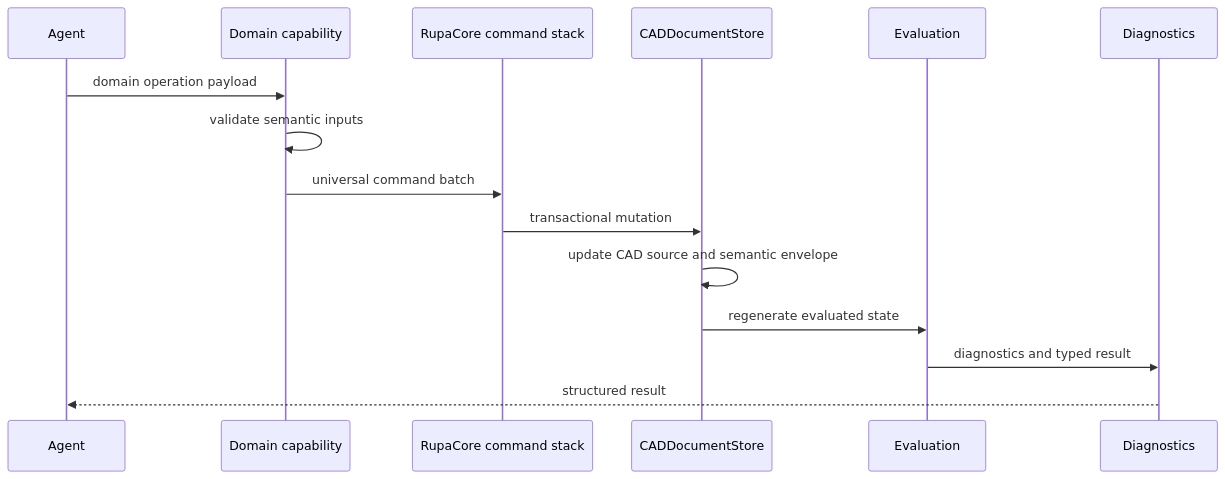
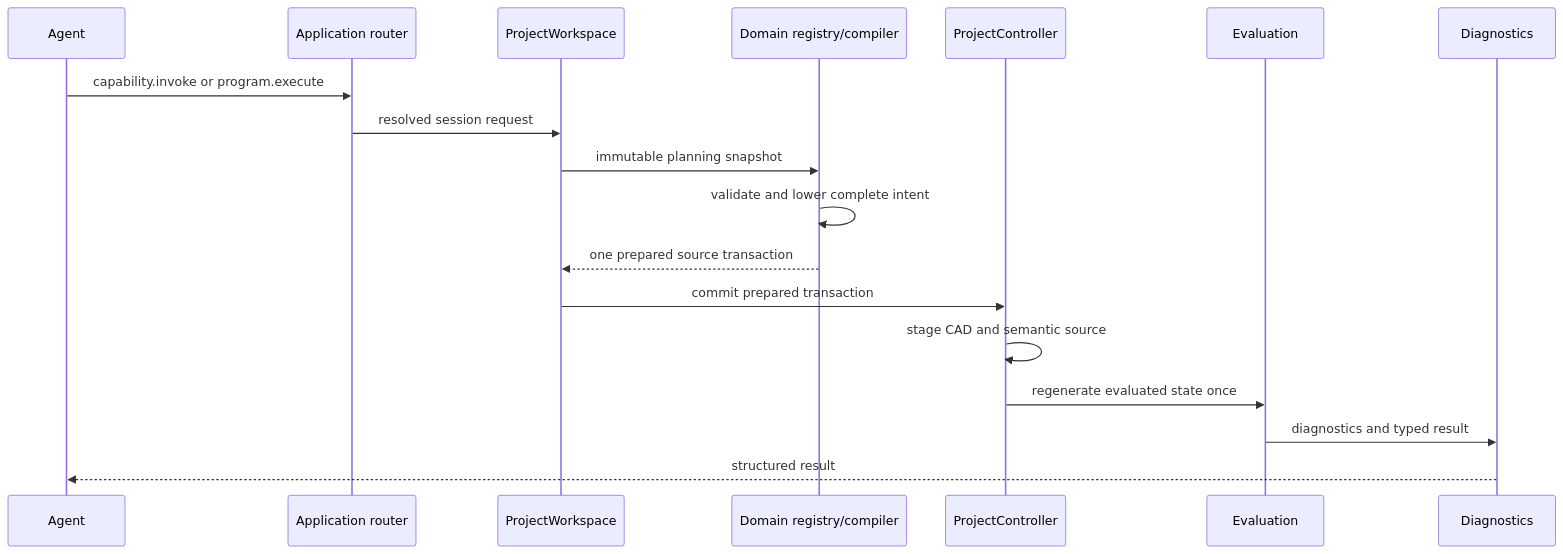
One commit to 1amageek/Rupa changed the fifth of 10 diagrams in Rupa/DOMAIN_EXTENSION_ARCHITECTURE.md. Above: the diagram before and after it, drawn with Mermaid. The commit also changed other lines of this file and 17 other files, not shown here.

Commit message:
Define composable Agent CAD API

````diff
--- a/Rupa/DOMAIN_EXTENSION_ARCHITECTURE.md
+++ b/Rupa/DOMAIN_EXTENSION_ARCHITECTURE.md
@@ -251,18 +261,21 @@
 ```mermaid
 sequenceDiagram
     participant Agent
-    participant Domain as Domain capability
-    participant Core as RupaCore command stack
-    participant Store as CADDocumentStore
+    participant Router as Application router
+    participant Workspace as ProjectWorkspace
+    participant Domain as Domain registry/compiler
+    participant Controller as ProjectController
     participant Eval as Evaluation
     participant Report as Diagnostics
 
-    Agent->>Domain: domain operation payload
-    Domain->>Domain: validate semantic inputs
-    Domain->>Core: universal command batch
-    Core->>Store: transactional mutation
-    Store->>Store: update CAD source and semantic envelope
-    Store->>Eval: regenerate evaluated state
+    Agent->>Router: capability.invoke or program.execute
+    Router->>Workspace: resolved session request
+    Workspace->>Domain: immutable planning snapshot
+    Domain->>Domain: validate and lower complete intent
+    Domain-->>Workspace: one prepared source transaction
+    Workspace->>Controller: commit prepared transaction
+    Controller->>Controller: stage CAD and semantic source
+    Controller->>Eval: regenerate evaluated state once
     Eval->>Report: diagnostics and typed result
     Report-->>Agent: structured result
 ```
````
